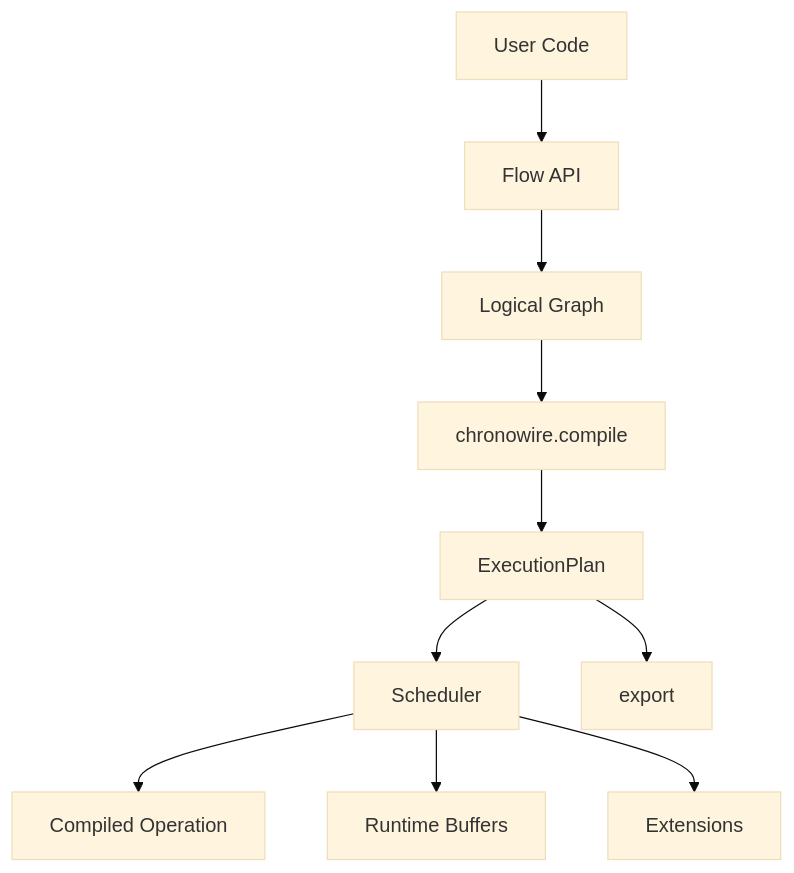
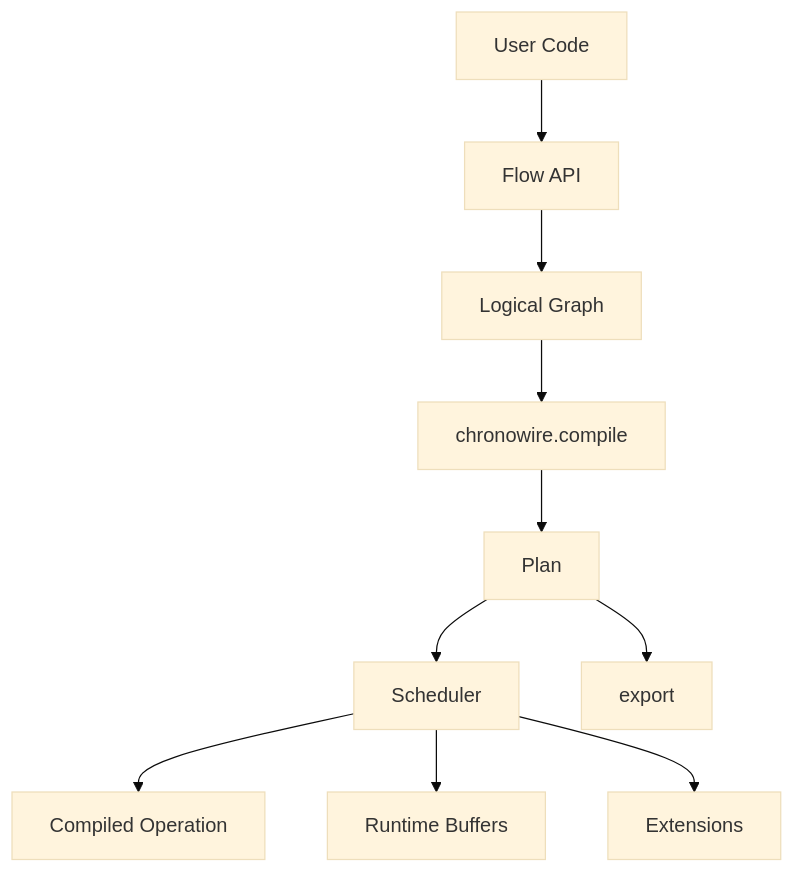
Before and after one commit to februa/chronowire: the diagram in doc/chronowire_design/01_基本設計.md, drawn with Mermaid (base theme). The commit also changed other lines of this file and 51 other files, not shown here.

````diff
--- a/doc/chronowire_design/01_基本設計.md
+++ b/doc/chronowire_design/01_基本設計.md
@@ -208,12 +210,12 @@
 ```mermaid
 flowchart TD
     U[User Code] --> F[Flow API]
     F --> G[Logical Graph]
     G --> C[chronowire.compile]
-    C --> P[ExecutionPlan]
+    C --> P[Plan]
     P --> S[Scheduler]
     S --> K[Compiled Operation]
     S --> B[Runtime Buffers]
     S --> E[Extensions]
     P --> X[export]
 ```
````
